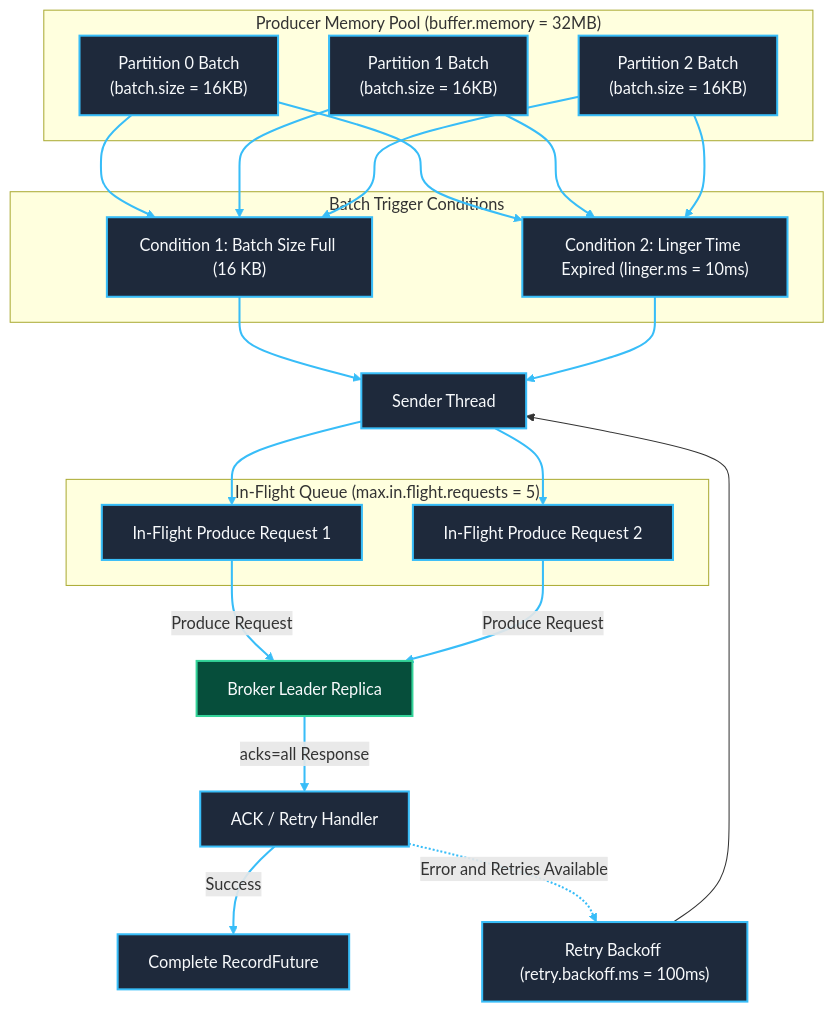
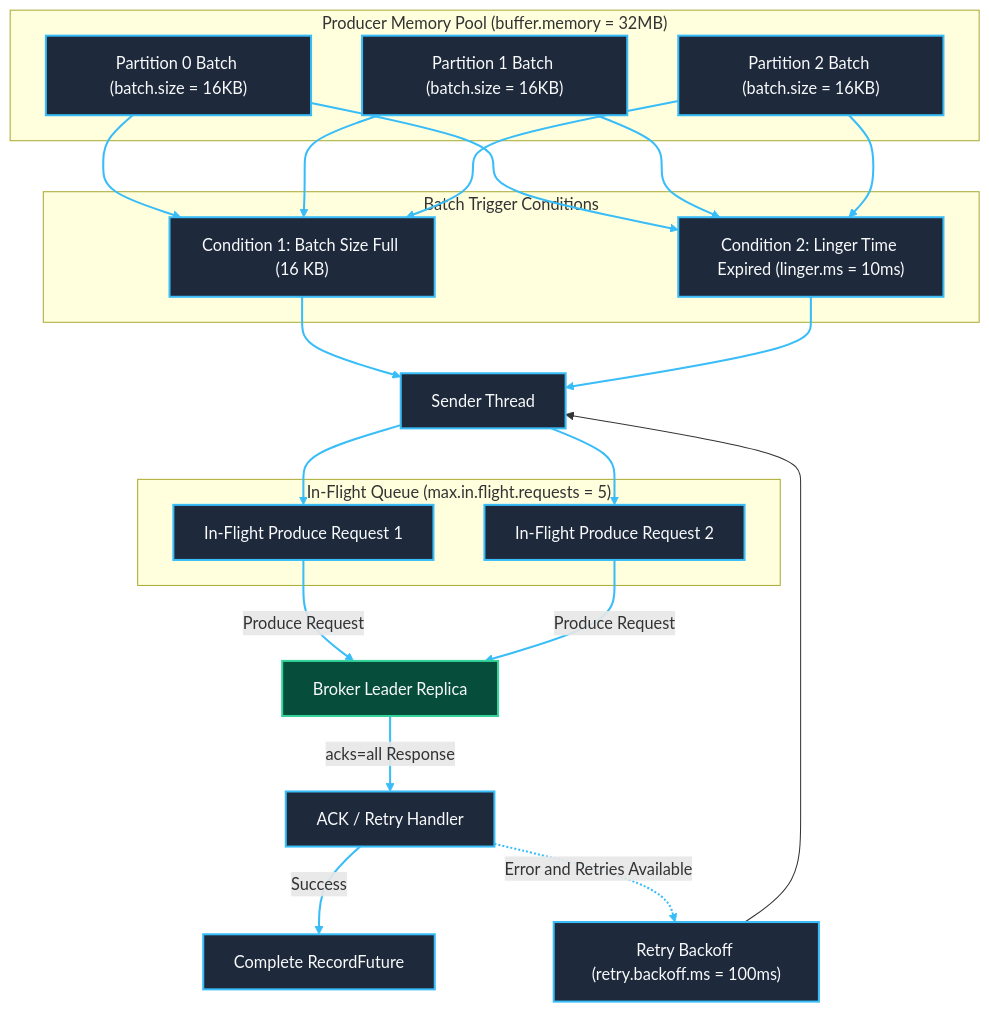
Before and after one commit to Chief-Strategist-J/llm-obs-infra: the sixth of 18 diagrams in docs/configDoc/kafka-configuration-guide.md, drawn with Mermaid. The commit also changed other lines of this file, not shown here.

Commit message:
docs(kafka): fix Mermaid rendering syntax errors by converting undirected links to directed arrows and removing HTML break tags in labels

````diff
--- a/docs/configDoc/kafka-configuration-guide.md
+++ b/docs/configDoc/kafka-configuration-guide.md
@@ -712,53 +712,53 @@
 ```mermaid
 graph TB
     subgraph ProducerMemoryPool ["Producer Memory Pool (buffer.memory = 32MB)"]
-        BatchP0["Partition 0 Batch<br/>(batch.size = 16KB)"]
-        BatchP1["Partition 1 Batch<br/>(batch.size = 16KB)"]
-        BatchP2["Partition 2 Batch<br/>(batch.size = 16KB)"]
+        BatchP0["Partition 0 Batch (batch.size = 16KB)"]
+        BatchP1["Partition 1 Batch (batch.size = 16KB)"]
+        BatchP2["Partition 2 Batch (batch.size = 16KB)"]
     end
 
     subgraph BatchTriggerLogic ["Batch Trigger Conditions"]
         Trigger1["Condition 1: Batch Size Full (16 KB)"]
         Trigger2["Condition 2: Linger Time Expired (linger.ms = 10ms)"]
     end
 
     BatchP0 --> Trigger1
     BatchP1 --> Trigger1
     BatchP2 --> Trigger1
     BatchP0 --> Trigger2
     BatchP1 --> Trigger2
     BatchP2 --> Trigger2
 
     Trigger1 --> SenderThread["Sender Thread"]
     Trigger2 --> SenderThread
 
     subgraph InFlightNetworkQueue ["In-Flight Queue (max.in.flight.requests = 5)"]
         Req1["In-Flight Produce Request 1"]
         Req2["In-Flight Produce Request 2"]
     end
 
     SenderThread --> Req1
     SenderThread --> Req2
     Req1 -->|Produce Request| BrokerNode["Broker Leader Replica"]
     Req2 -->|Produce Request| BrokerNode
 
     BrokerNode -->|acks=all Response| AckHandler["ACK / Retry Handler"]
     AckHandler -->|Success| Complete["Complete RecordFuture"]
     AckHandler -.->|Error and Retries Available| RetryQueue["Retry Backoff (retry.backoff.ms = 100ms)"]
     RetryQueue --> SenderThread
 
     style BatchP0 fill:#1e293b,stroke:#38bdf8,stroke-width:2px,color:#f8fafc
     style BatchP1 fill:#1e293b,stroke:#38bdf8,stroke-width:2px,color:#f8fafc
     style BatchP2 fill:#1e293b,stroke:#38bdf8,stroke-width:2px,color:#f8fafc
     style Trigger1 fill:#1e293b,stroke:#38bdf8,stroke-width:2px,color:#f8fafc
     style Trigger2 fill:#1e293b,stroke:#38bdf8,stroke-width:2px,color:#f8fafc
     style SenderThread fill:#1e293b,stroke:#38bdf8,stroke-width:2px,color:#f8fafc
     style Req1 fill:#1e293b,stroke:#38bdf8,stroke-width:2px,color:#f8fafc
     style Req2 fill:#1e293b,stroke:#38bdf8,stroke-width:2px,color:#f8fafc
     style BrokerNode fill:#064e3b,stroke:#34d399,stroke-width:2px,color:#f8fafc
     style AckHandler fill:#1e293b,stroke:#38bdf8,stroke-width:2px,color:#f8fafc
     style Complete fill:#1e293b,stroke:#38bdf8,stroke-width:2px,color:#f8fafc
     style RetryQueue fill:#1e293b,stroke:#38bdf8,stroke-width:2px,color:#f8fafc
 
     linkStyle 0,1,2,3,4,5,6,7,8,9,10,11,12,13,14 stroke:#38bdf8,stroke-width:2px;
 ```
````
